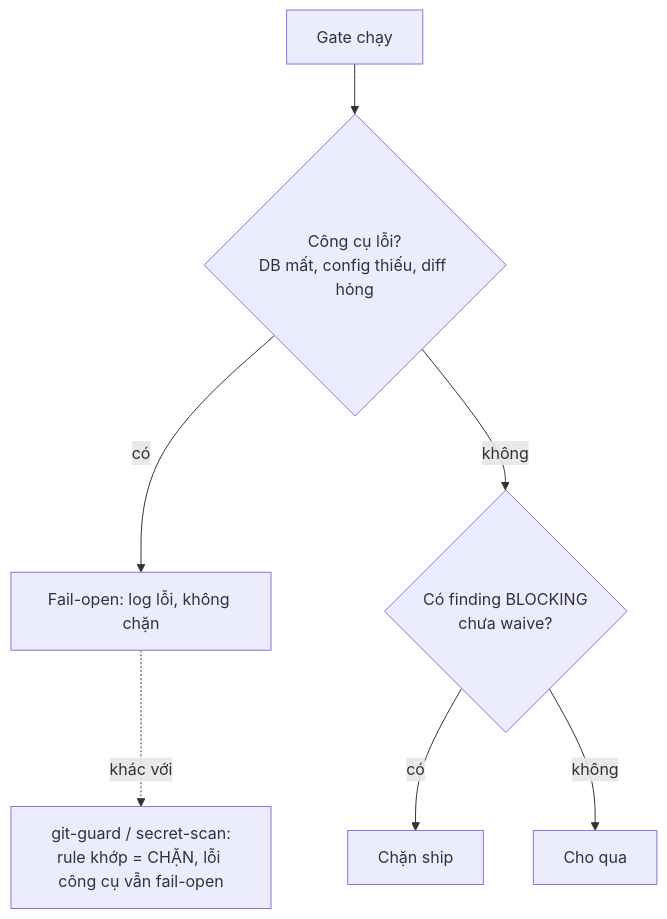
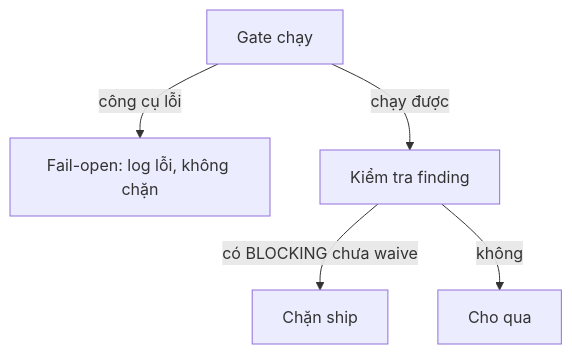
Before and after one commit to ZenifyAIContactCenter/zenify-kit: the first of 2 diagrams in website/concepts/gate-fail-open.md, drawn with Mermaid. The commit also changed other lines of this file and 16 other files, not shown here.

````diff
--- a/website/concepts/gate-fail-open.md
+++ b/website/concepts/gate-fail-open.md
@@ -13,9 +22,9 @@
 ```mermaid
 flowchart TD
-  A[Gate chạy] --> B{Công cụ lỗi?\nDB mất, config thiếu, diff hỏng}
-  B -- có --> C[Fail-open: log lỗi, không chặn]
-  B -- không --> D{Có finding BLOCKING\nchưa waive?}
-  D -- có --> E[Chặn ship]
-  D -- không --> F[Cho qua]
-  C -.khác với.-> G["git-guard / secret-scan:<br/>rule khớp = CHẶN, lỗi công cụ vẫn fail-open"]
+  A["Gate chạy"] -->|công cụ lỗi| C["Fail-open: log lỗi, không chặn"]
+  A -->|chạy được| D["Kiểm tra finding"]
+  D -->|có BLOCKING chưa waive| E["Chặn ship"]
+  D -->|không| F["Cho qua"]
+  class A action
+  class E stop
 ```
````
